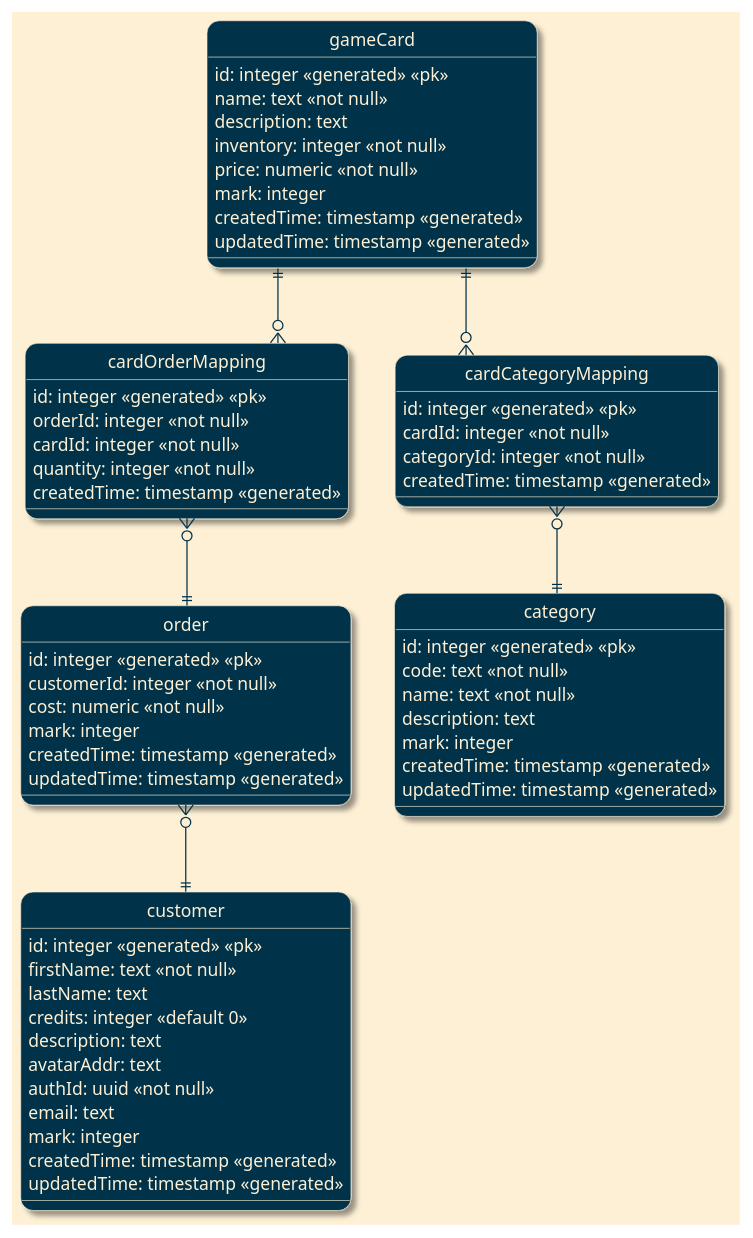
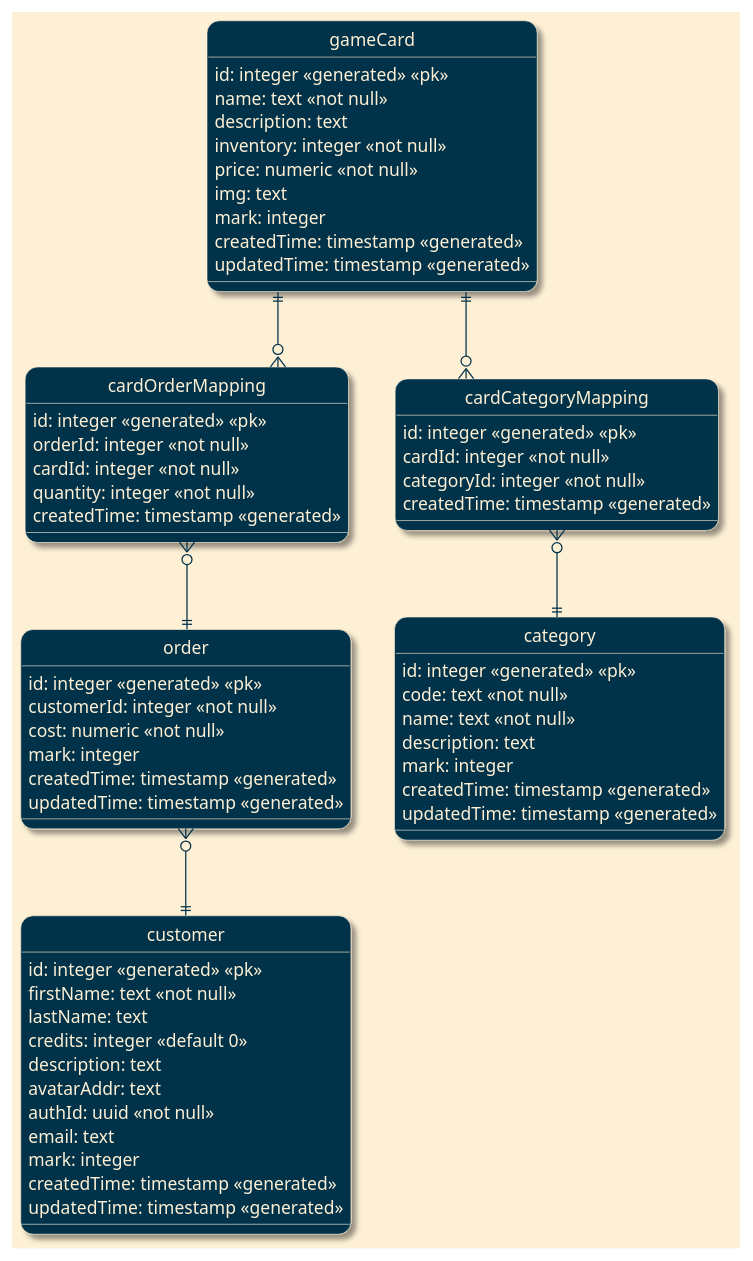
One commit to feolive/game-card-rental changed the diagram in entities.puml. Above: the diagram before and after it, drawn with PlantUML. The commit also changed 10 other files, not shown here.

```diff
--- a/entities.puml
+++ b/entities.puml
@@ -1,81 +1,82 @@
 @startuml game card rental entities
 hide circle
 skinparam linetype ortho
 skinparam backgroundColor #fdf0d5
 skinparam roundcorner 20
 skinparam shadowing true
 skinparam class {
     backgroundColor #003049
     arrowColor #003049
     borderColor #fdf0d5
     fontColor #fdf0d5
     attributeFontColor #fdf0d5
 }
 
 entity customer {
     id: integer <<generated>> <<pk>>
     firstName: text <<not null>>
     lastName: text
     credits: integer <<default 0>>
     description: text
     avatarAddr: text
     authId: uuid <<not null>>
     email: text
     mark: integer
     createdTime: timestamp <<generated>>
     updatedTime: timestamp <<generated>>
 }
 
 entity gameCard {
     id: integer <<generated>> <<pk>>
     name: text <<not null>>
     description: text
     inventory: integer <<not null>>
     price: numeric <<not null>>
+    img: text
     mark: integer
     createdTime: timestamp <<generated>>
     updatedTime: timestamp <<generated>>
 }
 
 entity order {
     id: integer <<generated>> <<pk>>
     customerId: integer <<not null>>
     cost: numeric <<not null>>
     mark: integer
     createdTime: timestamp <<generated>>
     updatedTime: timestamp <<generated>>
 }
 
 entity cardOrderMapping {
     id: integer <<generated>> <<pk>>
     orderId: integer <<not null>>
     cardId: integer <<not null>>
     quantity: integer <<not null>>
     createdTime: timestamp <<generated>>
 }
 
 entity cardCategoryMapping {
     id: integer <<generated>> <<pk>>
     cardId: integer <<not null>>
     categoryId: integer <<not null>>
     createdTime: timestamp <<generated>>
 }
 
 entity category {
     id: integer <<generated>> <<pk>>
     code: text <<not null>>
     name: text <<not null>>
     description: text
     mark: integer
     createdTime: timestamp <<generated>>
     updatedTime: timestamp <<generated>>
 }
 
 order }o--|| customer
 gameCard ||--o{ cardOrderMapping
 cardOrderMapping }o--|| order
 gameCard ||--o{ cardCategoryMapping
 cardCategoryMapping }o--|| category
 
 
 @enduml
```
